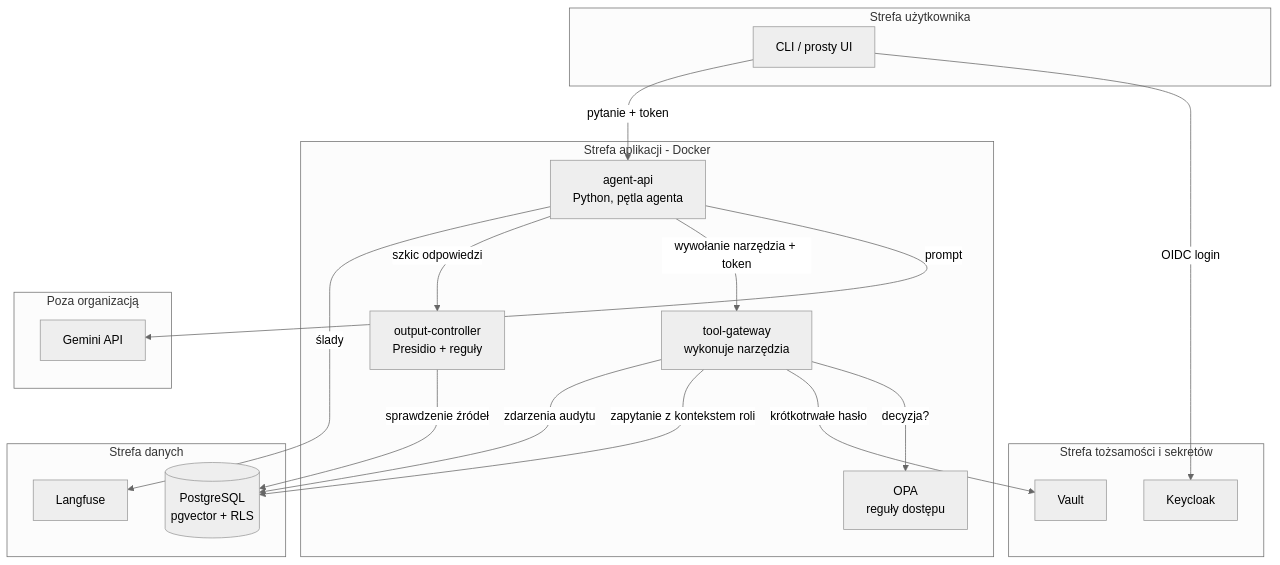
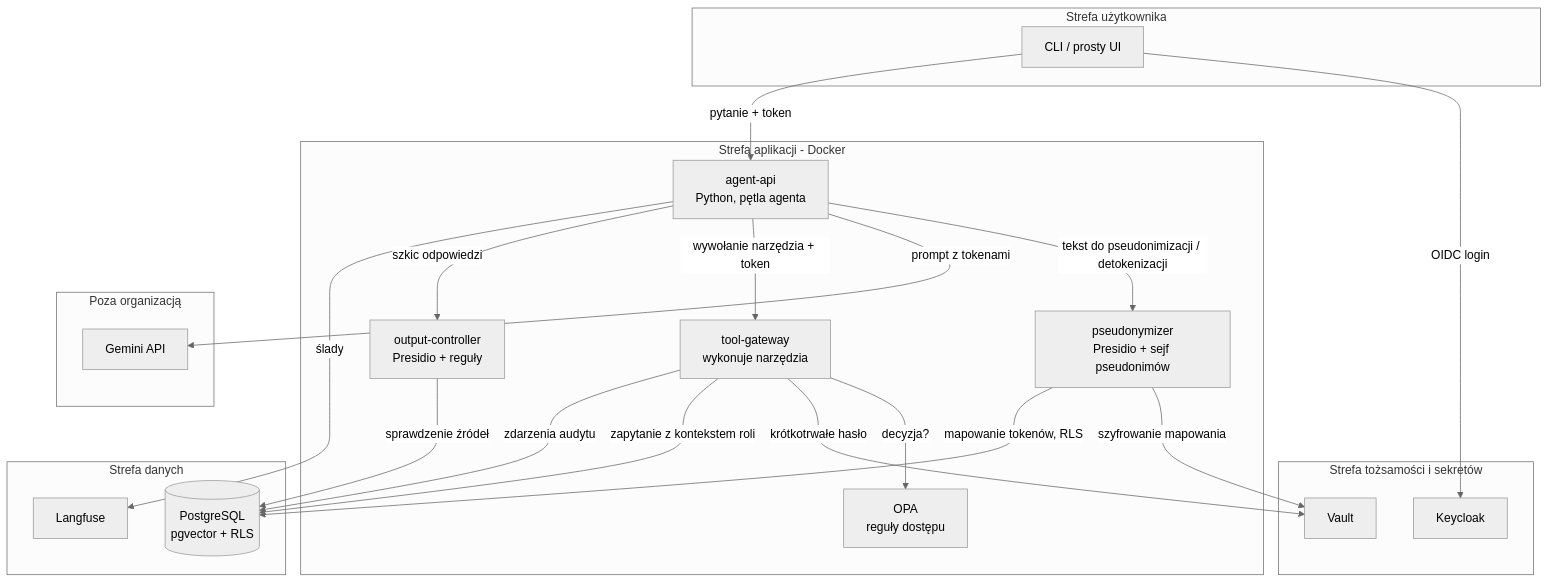
One commit to lukaszFD/ai-security-lab changed the second of 3 diagrams in docs/architektura.md. Above: the diagram before and after it, drawn with Mermaid (neutral theme). The commit also changed other lines of this file and 6 other files, not shown here.

````diff
--- a/docs/architektura.md
+++ b/docs/architektura.md
@@ -32,39 +34,43 @@
 ```mermaid
 flowchart TB
     subgraph USER[Strefa użytkownika]
         UI[CLI / prosty UI]
     end
 
     subgraph APP[Strefa aplikacji - Docker]
         AG[agent-api<br/>Python, pętla agenta]
         TG[tool-gateway<br/>wykonuje narzędzia]
+        PS[pseudonymizer<br/>Presidio + sejf pseudonimów]
         OC[output-controller<br/>Presidio + reguły]
         OPA[OPA<br/>reguły dostępu]
     end
 
     subgraph IDS[Strefa tożsamości i sekretów]
         KC[Keycloak]
         VA[Vault]
     end
 
     subgraph DATA[Strefa danych]
         PG[(PostgreSQL<br/>pgvector + RLS)]
         LF[Langfuse]
     end
 
     subgraph EXT[Poza organizacją]
         GEM[Gemini API]
     end
 
     UI -->|OIDC login| KC
     UI -->|pytanie + token| AG
-    AG -->|prompt| GEM
+    AG -->|tekst do pseudonimizacji / detokenizacji| PS
+    PS -->|szyfrowanie mapowania| VA
+    PS -->|mapowanie tokenów, RLS| PG
+    AG -->|prompt z tokenami| GEM
     AG -->|wywołanie narzędzia + token| TG
     TG -->|decyzja?| OPA
     TG -->|krótkotrwałe hasło| VA
     TG -->|zapytanie z kontekstem roli| PG
     AG -->|szkic odpowiedzi| OC
     OC -->|sprawdzenie źródeł| PG
     AG -->|ślady| LF
     TG -->|zdarzenia audytu| PG
 ```
````
